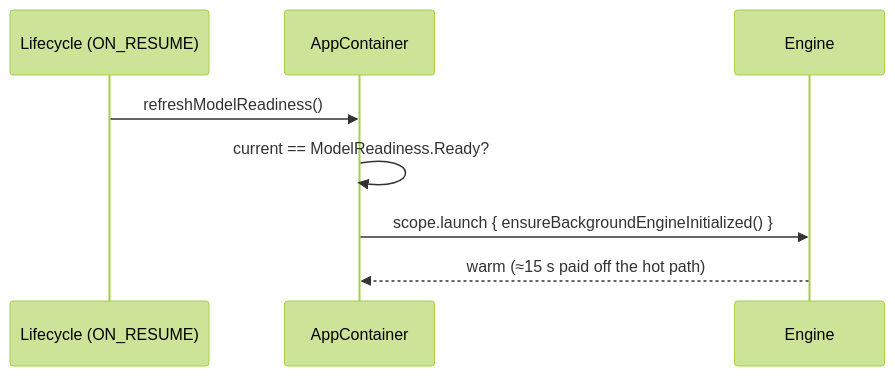
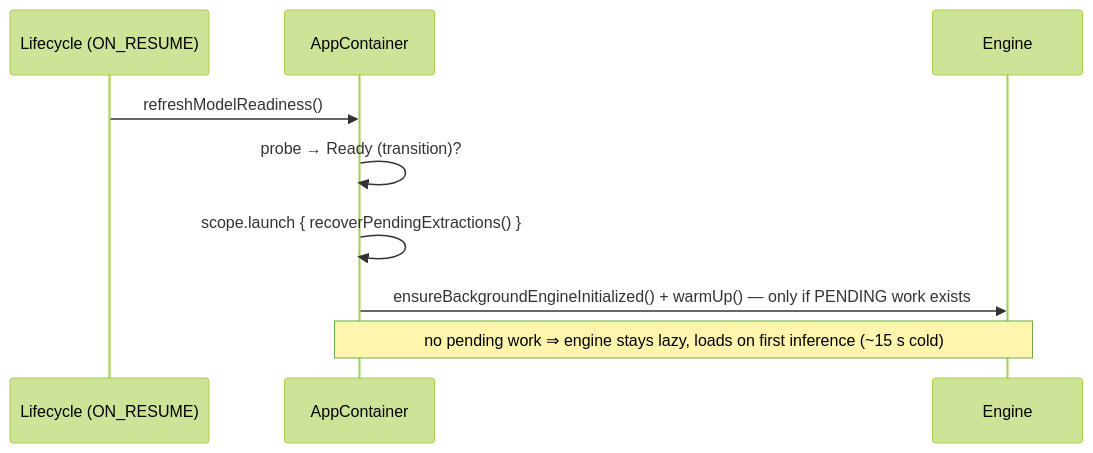
The sixth of 10 diagrams in docs/diagrams/adr-decisions.md (anchildress1/vestige), drawn with Mermaid (forest theme) before and after one commit. The commit also changed other lines of this file and 19 other files, not shown here.

First line of the commit message:
docs: align diagram atlas, stories, README & spec docs to implementation (#62)

````diff
--- a/docs/diagrams/adr-decisions.md
+++ b/docs/diagrams/adr-decisions.md
@@ -233,13 +266,14 @@
 ```mermaid
 sequenceDiagram
-    accTitle: ADR-012 engine pre-warm on model ready
-    accDescr: When refreshModelReadiness observes ModelReadiness Ready on app resume, it launches ensureBackgroundEngineInitialized in the background so the roughly fifteen second cold initialization is paid before the first capture instead of during it.
+    accTitle: ADR-012 — lazy engine init plus recovery sweep on Ready (pre-warm reverted)
+    accDescr: On app resume refreshModelReadiness probes the artifact. On the transition into Ready it launches the pending-extraction recovery sweep, not a blanket pre-warm. The recovery sweep initializes and warms the engine only when there are non-terminal entries to recover. Otherwise the engine stays uninitialized and loads lazily on the first foreground or background inference, because proactive pre-warm regressed into a startup GPU-init crash and was reverted.
 
     participant LC as Lifecycle (ON_RESUME)
     participant AC as AppContainer
     participant Eng as Engine
     LC->>AC: refreshModelReadiness()
-    AC->>AC: current == ModelReadiness.Ready?
-    AC->>Eng: scope.launch { ensureBackgroundEngineInitialized() }
-    Eng-->>AC: warm (≈15 s paid off the hot path)
+    AC->>AC: probe → Ready (transition)?
+    AC->>AC: scope.launch { recoverPendingExtractions() }
+    AC->>Eng: ensureBackgroundEngineInitialized() + warmUp() — only if PENDING work exists
+    Note over AC,Eng: no pending work ⇒ engine stays lazy, loads on first inference (~15 s cold)
 ```
````
